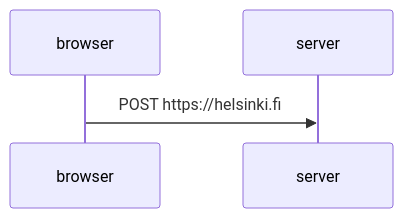
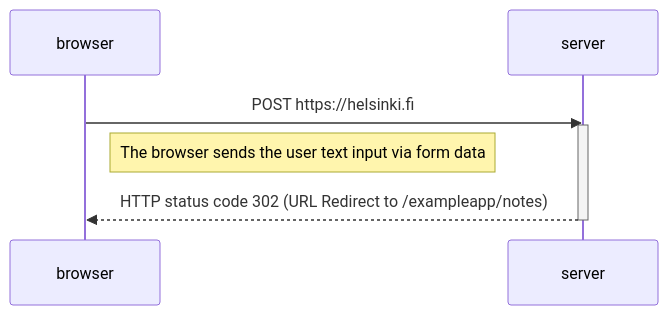
One commit to gokuman86/fullstackopen changed the diagram in part0/0.4.md. Above: the diagram before and after it, drawn with Mermaid.

````diff
--- a/part0/0.4.md
+++ b/part0/0.4.md
@@ -1,9 +1,12 @@
 ```mermaid
 sequenceDiagram
   participant browser
   participant server
 
   %%1. The User Submits a New Note
   browser->>server: POST https://helsinki.fi
   activate server
+  note right of browser: The browser sends the user text input via form data
+  server-->>browser: HTTP status code 302 (URL Redirect to /exampleapp/notes)
+  deactivate server
 ```
````
